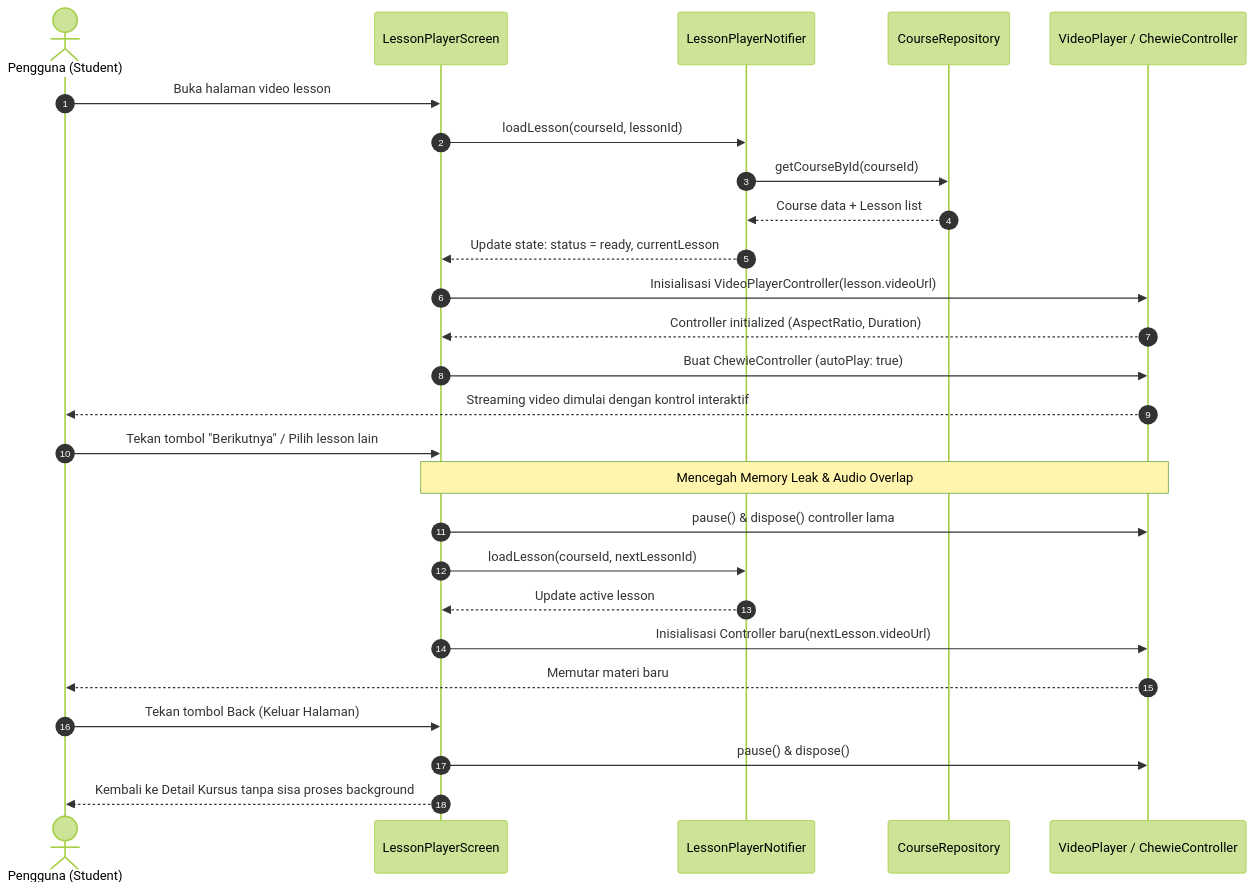
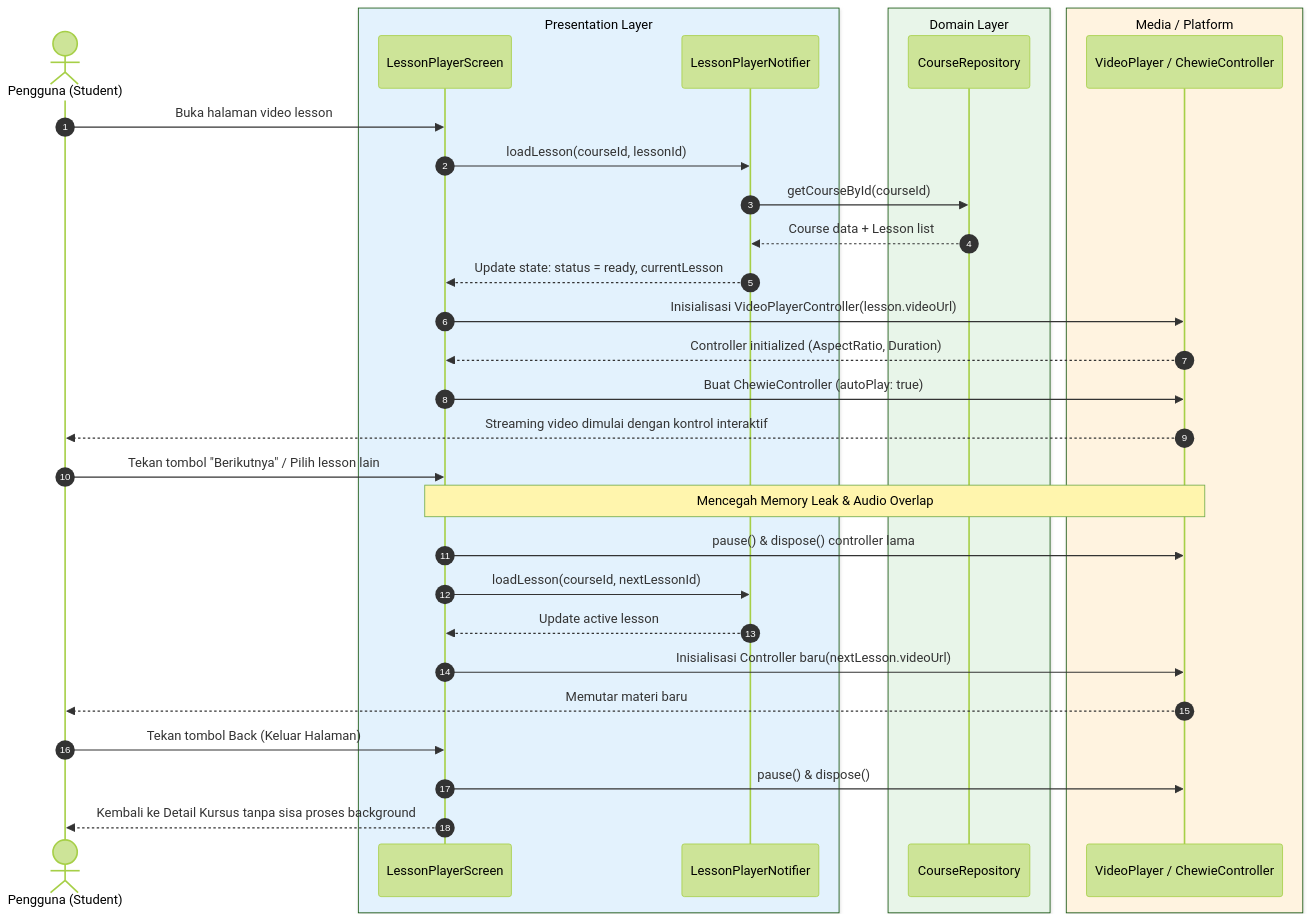
The fourth of 4 diagrams in docs/system_design.md (yonayohana06/course_app), drawn with Mermaid (forest theme) before and after one commit. The commit also changed other lines of this file and 3 other files, not shown here.

First line of the commit message:
Add sequence diagram and update system design documentation

````diff
--- a/docs/system_design.md
+++ b/docs/system_design.md
@@ -130,32 +133,41 @@
 ```mermaid
 sequenceDiagram
     autonumber
     actor User as Pengguna (Student)
-    participant UI as LessonPlayerScreen
-    participant Controller as LessonPlayerNotifier
-    participant Repo as CourseRepository
-    participant Player as VideoPlayer / ChewieController
+
+    box rgb(227, 242, 253) Presentation Layer
+        participant UI as LessonPlayerScreen
+        participant Controller as LessonPlayerNotifier
+    end
+
+    box rgb(232, 245, 233) Domain Layer
+        participant Repo as CourseRepository
+    end
+
+    box rgb(255, 243, 224) Media / Platform
+        participant Player as VideoPlayer / ChewieController
+    end
 
     User->>UI: Buka halaman video lesson
     UI->>Controller: loadLesson(courseId, lessonId)
     Controller->>Repo: getCourseById(courseId)
     Repo-->>Controller: Course data + Lesson list
     Controller-->>UI: Update state: status = ready, currentLesson
 
     UI->>Player: Inisialisasi VideoPlayerController(lesson.videoUrl)
     Player-->>UI: Controller initialized (AspectRatio, Duration)
     UI->>Player: Buat ChewieController (autoPlay: true)
     Player-->>User: Streaming video dimulai dengan kontrol interaktif
 
     User->>UI: Tekan tombol "Berikutnya" / Pilih lesson lain
     Note over UI,Player: Mencegah Memory Leak & Audio Overlap
     UI->>Player: pause() & dispose() controller lama
     UI->>Controller: loadLesson(courseId, nextLessonId)
     Controller-->>UI: Update active lesson
     UI->>Player: Inisialisasi Controller baru(nextLesson.videoUrl)
     Player-->>User: Memutar materi baru
 
     User->>UI: Tekan tombol Back (Keluar Halaman)
     UI->>Player: pause() & dispose()
     UI-->>User: Kembali ke Detail Kursus tanpa sisa proses background
 ```
````
